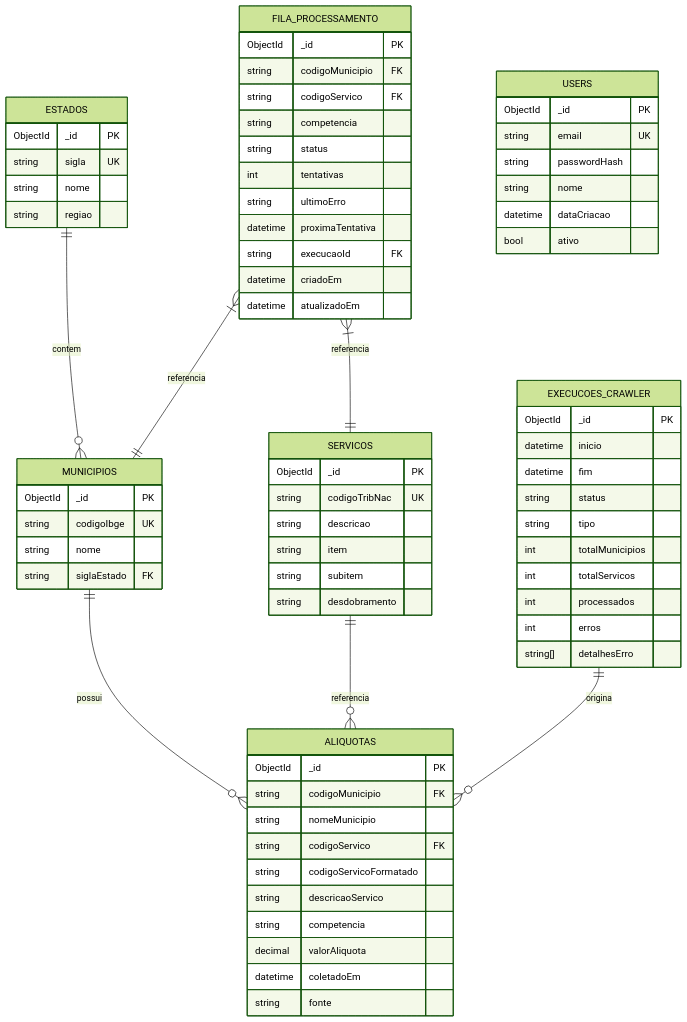
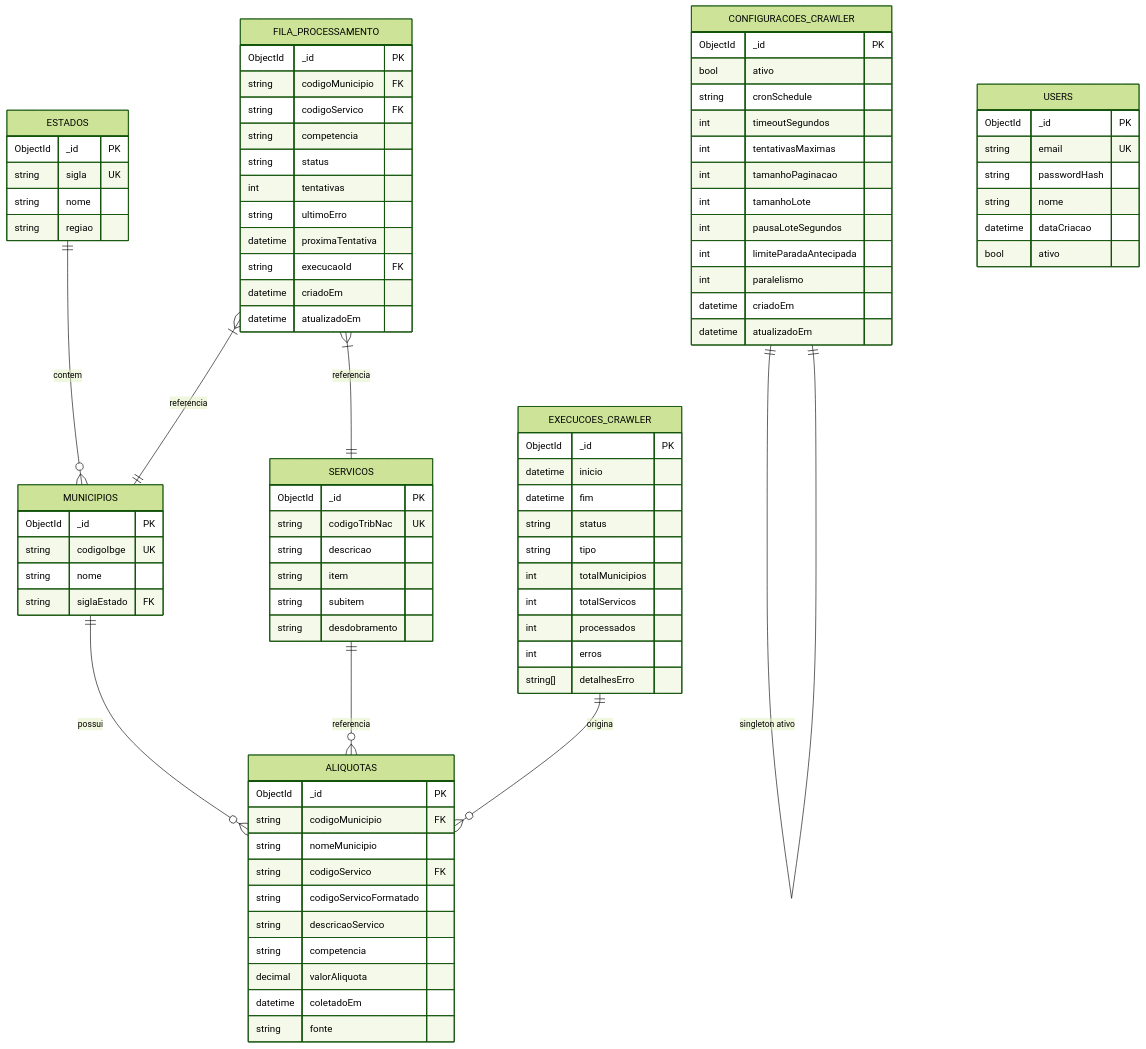
One commit to john182/poc-open-spec changed the third of 8 diagrams in docs/technical-doc.md. Above: the diagram before and after it, drawn with Mermaid (forest theme). The commit also changed other lines of this file and 5 other files, not shown here.

````diff
--- a/docs/technical-doc.md
+++ b/docs/technical-doc.md
@@ -133,6 +133,7 @@
     EXECUCOES_CRAWLER ||--o{ ALIQUOTAS : "origina"
     FILA_PROCESSAMENTO }|--|| MUNICIPIOS : "referencia"
     FILA_PROCESSAMENTO }|--|| SERVICOS : "referencia"
+    CONFIGURACOES_CRAWLER ||--|| CONFIGURACOES_CRAWLER : "singleton ativo"
 
     ESTADOS {
         ObjectId _id PK
@@ -205,4 +206,19 @@
         datetime dataCriacao
         bool ativo
     }
+
+    CONFIGURACOES_CRAWLER {
+        ObjectId _id PK
+        bool ativo
+        string cronSchedule
+        int timeoutSegundos
+        int tentativasMaximas
+        int tamanhoPaginacao
+        int tamanhoLote
+        int pausaLoteSegundos
+        int limiteParadaAntecipada
+        int paralelismo
+        datetime criadoEm
+        datetime atualizadoEm
+    }
 ```
````
